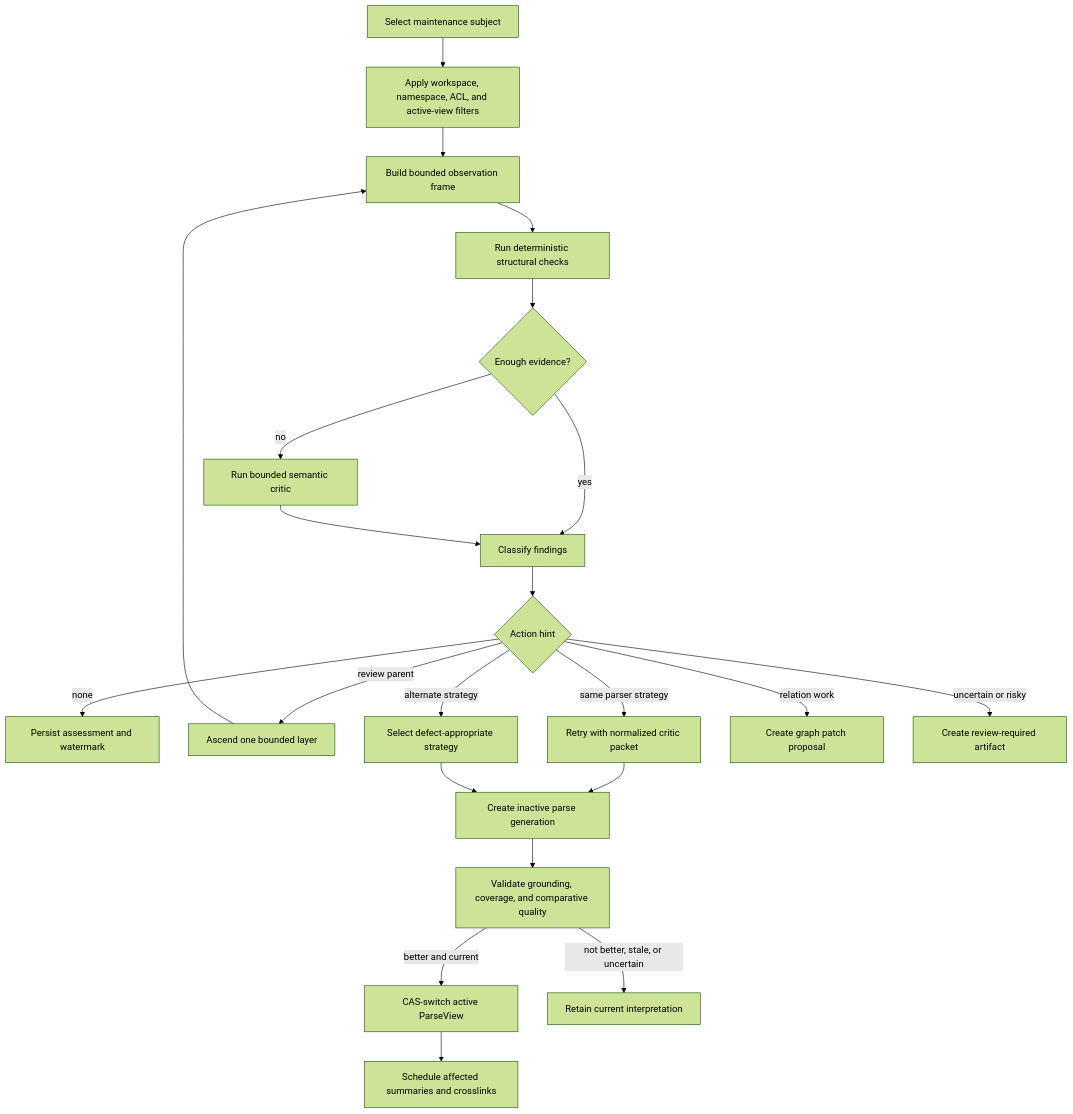
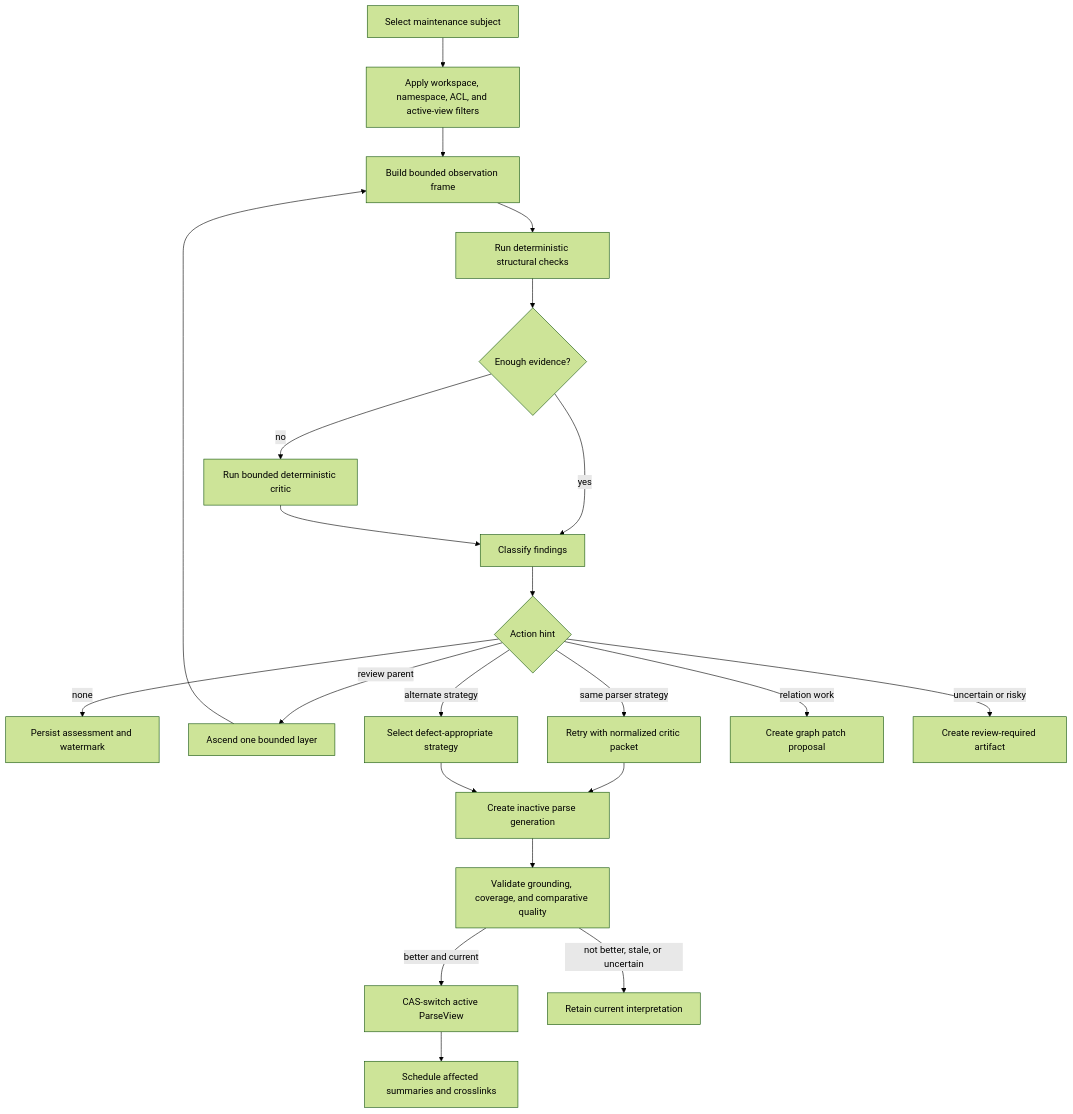
The second of 2 diagrams in doc/adr_bounded_maintenance_observation_and_parse_quality.md (humblemat810/kogwistar-llm-wiki), drawn with Mermaid (forest theme) before and after one commit. The commit also changed other lines of this file and 13 other files, not shown here.

````diff
--- a/doc/adr_bounded_maintenance_observation_and_parse_quality.md
+++ b/doc/adr_bounded_maintenance_observation_and_parse_quality.md
@@ -189,24 +189,24 @@
 ```mermaid
 flowchart TD
     PICK[Select maintenance subject] --> SCOPE[Apply workspace, namespace, ACL, and active-view filters]
     SCOPE --> BUILD[Build bounded observation frame]
     BUILD --> HARD[Run deterministic structural checks]
     HARD --> DECIDE{Enough evidence?}
     DECIDE -->|yes| CLASSIFY[Classify findings]
-    DECIDE -->|no| CRITIC[Run bounded semantic critic]
+    DECIDE -->|no| CRITIC[Run bounded deterministic critic]
     CRITIC --> CLASSIFY
     CLASSIFY --> NEXT{Action hint}
     NEXT -->|none| MARK[Persist assessment and watermark]
     NEXT -->|review parent| ASCEND[Ascend one bounded layer]
     ASCEND --> BUILD
     NEXT -->|same parser strategy| RETRY[Retry with normalized critic packet]
     NEXT -->|alternate strategy| SWITCH[Select defect-appropriate strategy]
     NEXT -->|relation work| PATCH[Create graph patch proposal]
     NEXT -->|uncertain or risky| HUMAN[Create review-required artifact]
     RETRY --> DERIVE[Create inactive parse generation]
     SWITCH --> DERIVE
     DERIVE --> VALIDATE[Validate grounding, coverage, and comparative quality]
     VALIDATE -->|better and current| ACTIVATE[CAS-switch active ParseView]
     VALIDATE -->|not better, stale, or uncertain| RETAIN[Retain current interpretation]
     ACTIVATE --> INVALIDATE[Schedule affected summaries and crosslinks]
 ```
````
